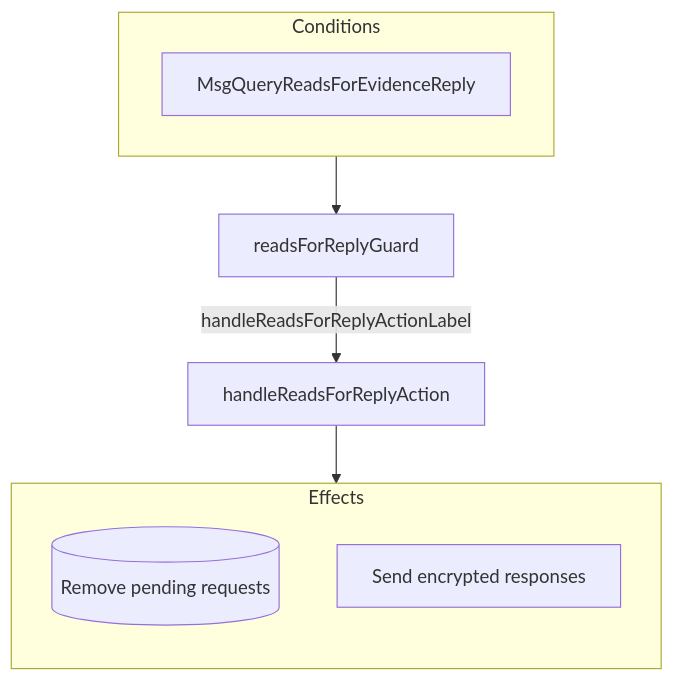
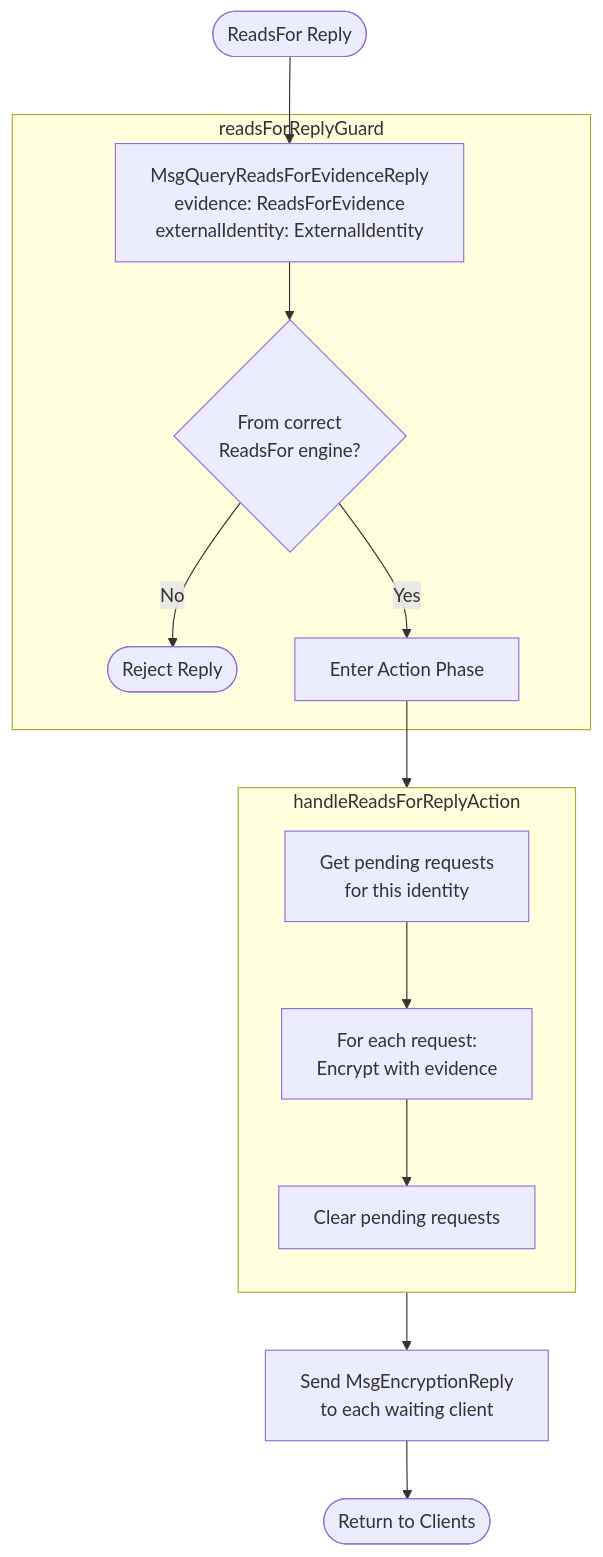
The second of 2 diagrams in docs/arch/node/engines/encryption_behaviour.juvix.md (anoma/nspec), drawn with Mermaid before and after one commit. The commit also changed other lines of this file and 5 other files, not shown here.

````diff
--- a/docs/arch/node/engines/encryption_behaviour.juvix.md
+++ b/docs/arch/node/engines/encryption_behaviour.juvix.md
@@ -72,17 +133,22 @@
 ```mermaid
 flowchart TD
-  subgraph C [Conditions]
-    CMsg[MsgQueryReadsForEvidenceReply]
-  end
+    Start([ReadsFor Reply]) --> Reply[MsgQueryReadsForEvidenceReply<br/>evidence: ReadsForEvidence<br/>externalIdentity: ExternalIdentity]
 
-  G[readsForReplyGuard]
-  A[handleReadsForReplyAction]
+    subgraph Guard["readsForReplyGuard"]
+        Reply --> ValidSource{From correct<br/>ReadsFor engine?}
+        ValidSource -->|No| Reject([Reject Reply])
+        ValidSource -->|Yes| ActionEntry[Enter Action Phase]
+    end
 
-  C --> G -->|handleReadsForReplyActionLabel| A --> E
+    ActionEntry --> Action
 
-  subgraph E [Effects]
-    direction TB
-    E1[(Remove pending requests)]
-    E2[Send encrypted responses]
-  end
+    subgraph Action["handleReadsForReplyAction"]
+        direction TB
+        GetReqs[Get pending requests<br/>for this identity]
+        GetReqs --> Process[For each request:<br/>Encrypt with evidence]
+        Process --> Clear[Clear pending requests]
+    end
+
+    Clear --> Responses[Send MsgEncryptionReply<br/>to each waiting client]
+    Responses --> Client([Return to Clients])
 ```
````
